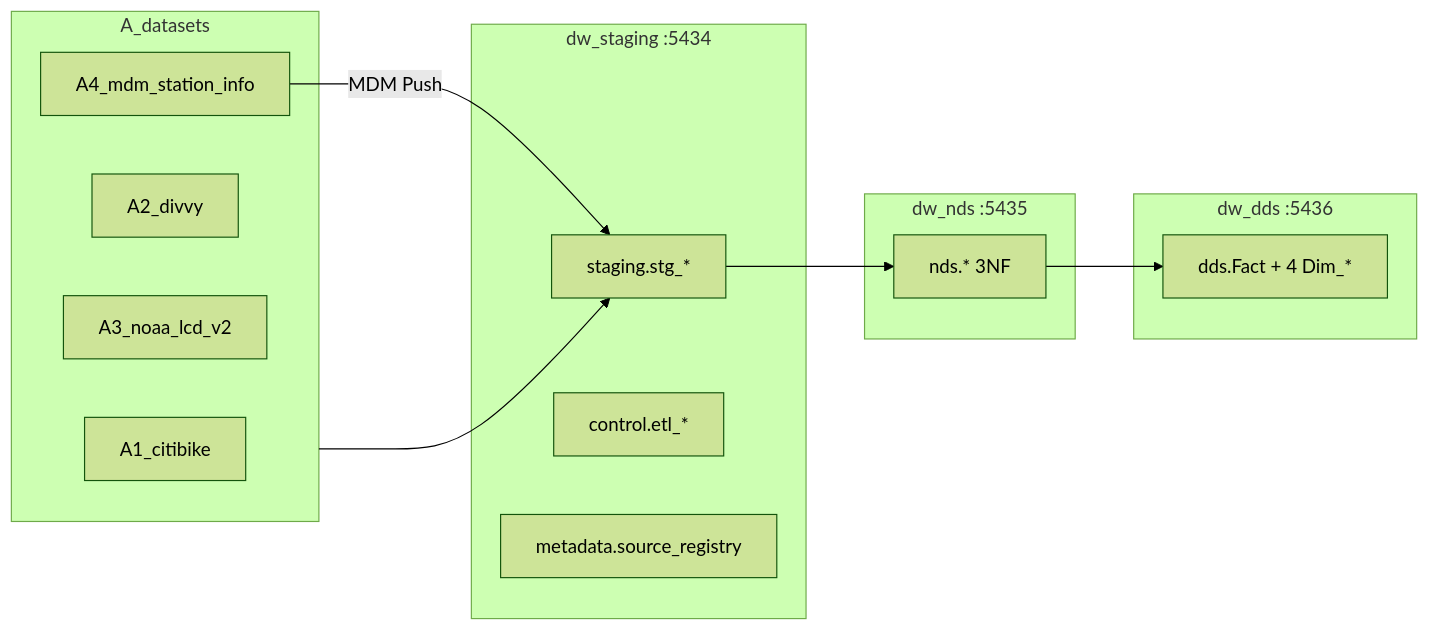
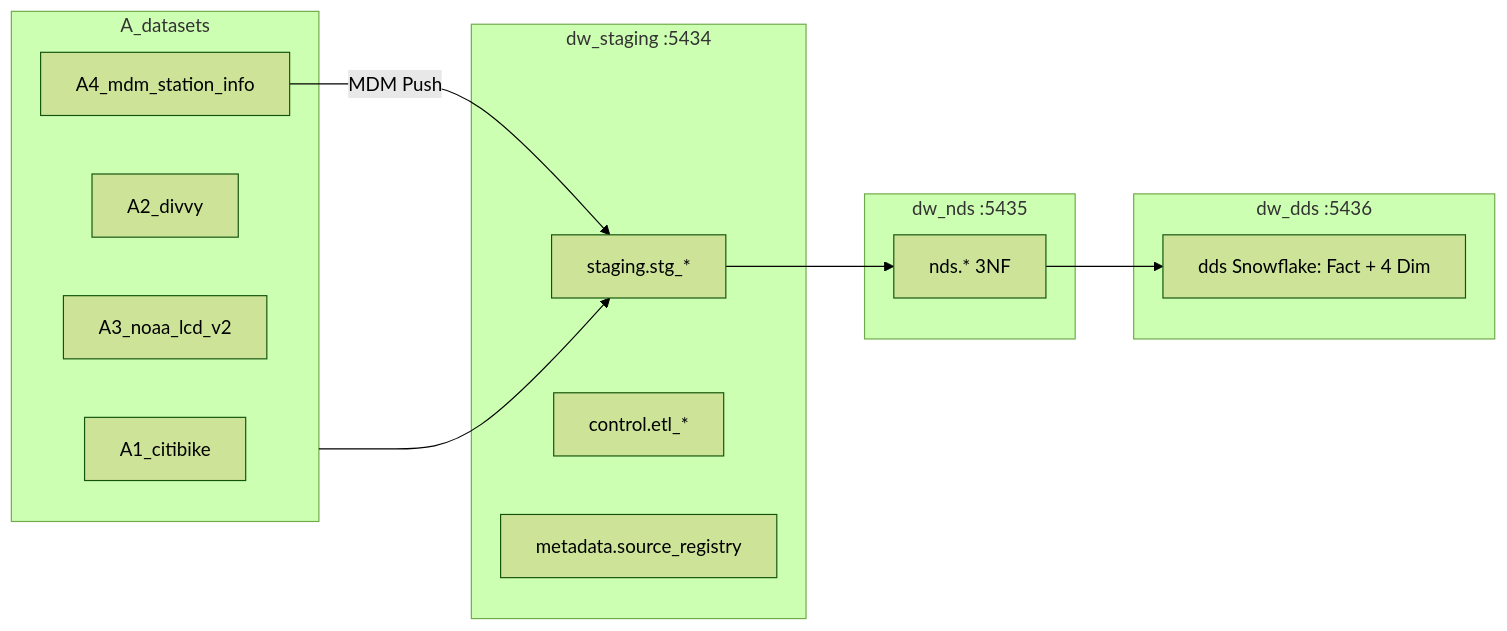
The first of 6 diagrams in 4_Official_Hop_Project/README.md (1653072/hcmus-master-is-bi), drawn with Mermaid (forest theme) before and after one commit. The commit also changed other lines of this file, not shown here.

````diff
--- a/4_Official_Hop_Project/README.md
+++ b/4_Official_Hop_Project/README.md
@@ -557,23 +567,23 @@
 ```mermaid
 flowchart LR
   subgraph sources [A_datasets]
     A1[A1_citibike]
     A2[A2_divvy]
     A3[A3_noaa_lcd_v2]
     A4[A4_mdm_station_info]
   end
   subgraph stg [dw_staging :5434]
     STG[staging.stg_*]
     CTL[control.etl_*]
     META[metadata.source_registry]
   end
   subgraph nds [dw_nds :5435]
     NDS3[nds.* 3NF]
   end
   subgraph dds [dw_dds :5436]
-    STAR["dds.Fact + 4 Dim_*"]
+    SNOWFLAKE["dds Snowflake: Fact + 4 Dim"]
   end
   sources --> STG
-  STG --> NDS3 --> STAR
+  STG --> NDS3 --> SNOWFLAKE
   A4 -->|MDM Push| STG
 ```
````
